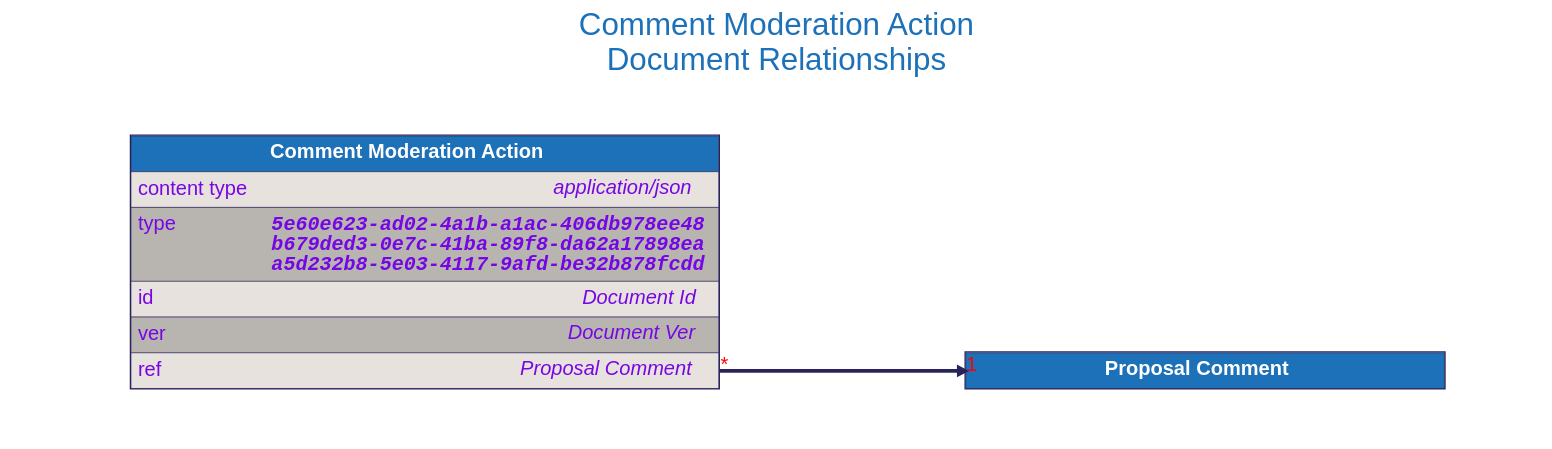
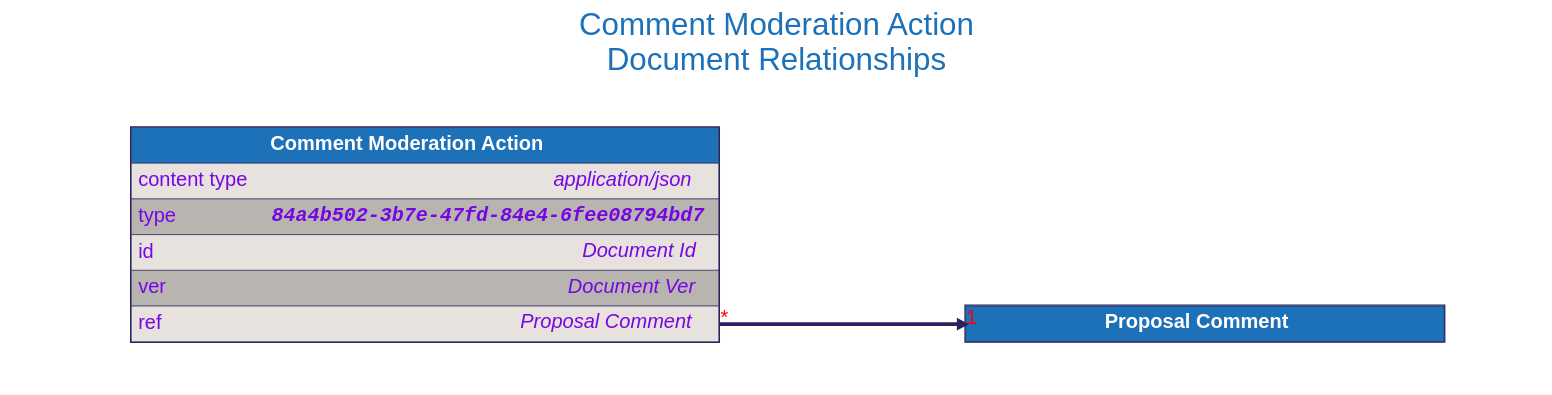
The diagram in docs/src/architecture/08_concepts/signed_doc/diagrams/comment_moderation_action.dot (input-output-hk/catalyst-libs), drawn with Graphviz before and after one commit. The commit also changed 57 other files, not shown here.

```diff
--- a/docs/src/architecture/08_concepts/signed_doc/diagrams/comment_moderation_action.dot
+++ b/docs/src/architecture/08_concepts/signed_doc/diagrams/comment_moderation_action.dot
@@ -1,97 +1,97 @@
 digraph "Comment Moderation Action" {
     rankdir="LR"
     graph [fontname="helvetica", fontsize="32", fontcolor="#29235c", bgcolor="white"];
     node [penwidth="0", margin="0", fontname="helvetica", fontsize="32", fontcolor="#29235c"];
     edge [fontname="helvetica", fontsize="32", fontcolor="red", color="#29235c"];
 
     labelloc="t"
     label="Comment Moderation Action
 Document Relationships"
     fontcolor="#1d71b8"
     fontsize=50
     compound=true
 
 
 
     "Proposal Comment" [
         id="Proposal Comment";
         label=<
             <TABLE BORDER="2" COLOR="#29235c" CELLBORDER="1" CELLSPACING="0" CELLPADDING="10">
             <TR>
                 <TD PORT="title" BGCOLOR="#1d71b8" HREF="../proposal_comment/">
                     <FONT COLOR="#ffffff"><B> Proposal Comment </B></FONT>
                 </TD>
             </TR>
 
             </TABLE>
         >
     ];
 
 
     "Comment Moderation Action" [
         id="Comment Moderation Action";
         label=<
             <TABLE BORDER="2" COLOR="#29235c" CELLBORDER="1" CELLSPACING="0" CELLPADDING="10">
             <TR>
                 <TD PORT="title" BGCOLOR="#1d71b8" HREF="../comment_moderation_action/">
                     <FONT COLOR="#ffffff"><B> Comment Moderation Action </B></FONT>
                 </TD>
             </TR>
             <TR>
                 <TD ALIGN="LEFT" PORT="content type" BGCOLOR="#e7e2dd">
                     <TABLE CELLPADDING="0" CELLSPACING="0" BORDER="0">
                         <TR>
                             <TD ALIGN="LEFT" VALIGN="TOP" WIDTH="200"><FONT COLOR="#7706E5">content type</FONT></TD>
                             <TD ALIGN="RIGHT"><FONT COLOR="#7706E5"><I>application/json</I></FONT></TD>
                         </TR>
                     </TABLE>
                 </TD>
             </TR>
             <TR>
                 <TD ALIGN="LEFT" PORT="type" BGCOLOR="#b8b5b0">
                     <TABLE CELLPADDING="0" CELLSPACING="0" BORDER="0">
                         <TR>
                             <TD ALIGN="LEFT" VALIGN="TOP" WIDTH="200"><FONT COLOR="#7706E5">type</FONT></TD>
-                            <TD ALIGN="RIGHT"><FONT FACE="Courier" COLOR="#7706E5"><B><I>5e60e623-ad02-4a1b-a1ac-406db978ee48<BR />b679ded3-0e7c-41ba-89f8-da62a17898ea<BR />a5d232b8-5e03-4117-9afd-be32b878fcdd</I></B></FONT></TD>
+                            <TD ALIGN="RIGHT"><FONT FACE="Courier" COLOR="#7706E5"><B><I>84a4b502-3b7e-47fd-84e4-6fee08794bd7</I></B></FONT></TD>
                         </TR>
                     </TABLE>
                 </TD>
             </TR>
             <TR>
                 <TD ALIGN="LEFT" PORT="id" BGCOLOR="#e7e2dd">
                     <TABLE CELLPADDING="0" CELLSPACING="0" BORDER="0">
                         <TR>
                             <TD ALIGN="LEFT" VALIGN="TOP" WIDTH="200"><FONT COLOR="#7706E5">id</FONT></TD>
                             <TD ALIGN="RIGHT"><FONT COLOR="#7706E5"><I>Document Id</I></FONT></TD>
                         </TR>
                     </TABLE>
                 </TD>
             </TR>
             <TR>
                 <TD ALIGN="LEFT" PORT="ver" BGCOLOR="#b8b5b0">
                     <TABLE CELLPADDING="0" CELLSPACING="0" BORDER="0">
                         <TR>
                             <TD ALIGN="LEFT" VALIGN="TOP" WIDTH="200"><FONT COLOR="#7706E5">ver</FONT></TD>
                             <TD ALIGN="RIGHT"><FONT COLOR="#7706E5"><I>Document Ver</I></FONT></TD>
                         </TR>
                     </TABLE>
                 </TD>
             </TR>
             <TR>
                 <TD ALIGN="LEFT" PORT="ref" BGCOLOR="#e7e2dd">
                     <TABLE CELLPADDING="0" CELLSPACING="0" BORDER="0">
                         <TR>
                             <TD ALIGN="LEFT" VALIGN="TOP" WIDTH="200"><FONT COLOR="#7706E5">ref</FONT></TD>
                             <TD ALIGN="RIGHT"><FONT COLOR="#7706E5"><I>Proposal Comment</I></FONT></TD>
                         </TR>
                     </TABLE>
                 </TD>
             </TR>
 
             </TABLE>
         >
     ];
 
 
     "Comment Moderation Action":"ref":e -> "Proposal Comment":"title":w [dir=forward, penwidth=6, color="#29235c", headlabel="1", taillabel="*"]
 }
```
